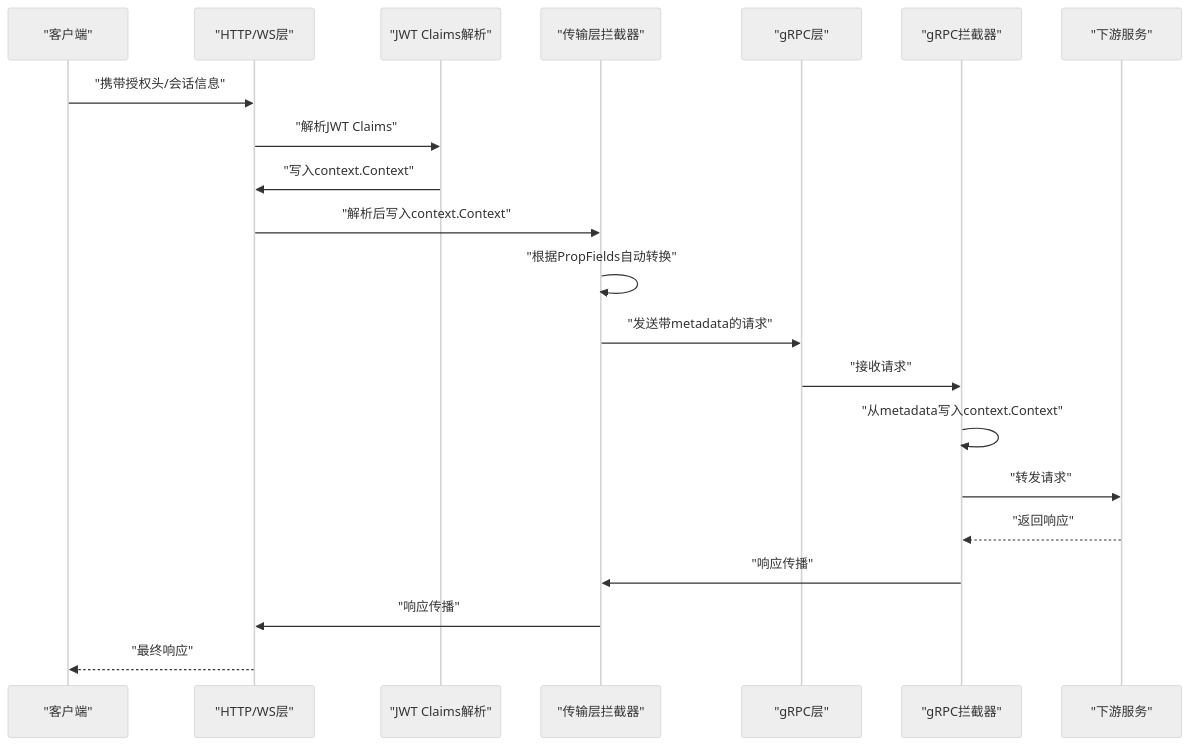
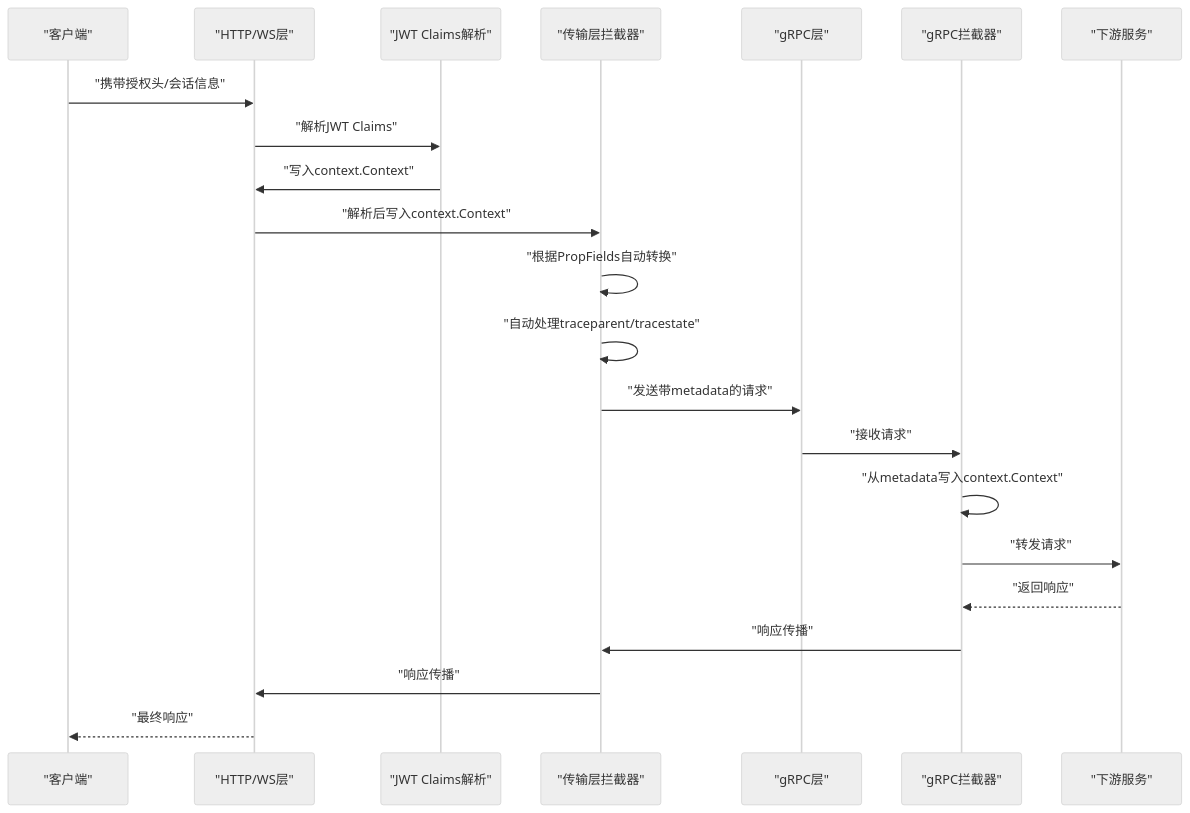
Before and after one commit to maomao94/zero-service: the second of 5 diagrams in .qoder/repowiki/zh/content/公共组件库/工具组件/上下文执行工具/上下文数据管理.md, drawn with Mermaid (neutral theme). The commit also changed other lines of this file and 25 other files, not shown here.

````diff
--- a/.qoder/repowiki/zh/content/公共组件库/工具组件/上下文执行工具/上下文数据管理.md
+++ b/.qoder/repowiki/zh/content/公共组件库/工具组件/上下文执行工具/上下文数据管理.md
@@ -163,23 +170,24 @@
 ```mermaid
 sequenceDiagram
 participant Client as "客户端"
 participant HTTP as "HTTP/WS层"
 participant Claims as "JWT Claims解析"
 participant InterC as "传输层拦截器"
 participant GRPC as "gRPC层"
 participant InterS as "gRPC拦截器"
 participant Srv as "下游服务"
 Client->>HTTP : "携带授权头/会话信息"
 HTTP->>Claims : "解析JWT Claims"
 Claims->>HTTP : "写入context.Context"
 HTTP->>InterC : "解析后写入context.Context"
 InterC->>InterC : "根据PropFields自动转换"
+InterC->>InterC : "自动处理traceparent/tracestate"
 InterC->>GRPC : "发送带metadata的请求"
 GRPC->>InterS : "接收请求"
 InterS->>InterS : "从metadata写入context.Context"
 InterS->>Srv : "转发请求"
 Srv-->>InterS : "返回响应"
 InterS->>InterC : "响应传播"
 InterC->>HTTP : "响应传播"
 HTTP-->>Client : "最终响应"
 ```
````
